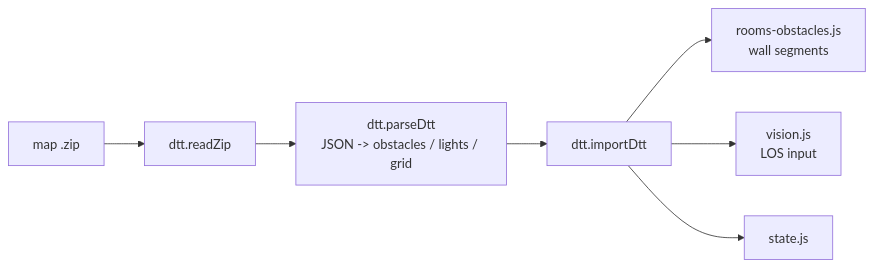
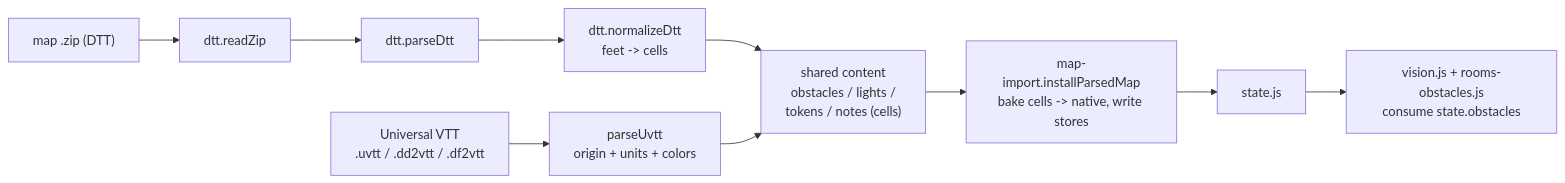
The second of 3 diagrams in docs/source/data-flow.md (nickodimus/vwag-table), drawn with Mermaid before and after one commit. The commit also changed other lines of this file and 18 other files, not shown here.

Commit message:
Docs: sync import pipeline for UVTT + shared installer

````diff
--- a/docs/source/data-flow.md
+++ b/docs/source/data-flow.md
@@ -31,9 +36,12 @@
 ```{mermaid}
 graph LR
-  zip["map .zip"] --> readZip["dtt.readZip"]
-  readZip --> parseDtt["dtt.parseDtt<br/>JSON -> obstacles / lights / grid"]
-  parseDtt --> importDtt["dtt.importDtt"]
-  importDtt --> rooms["rooms-obstacles.js<br/>wall segments"]
-  importDtt --> vision["vision.js<br/>LOS input"]
-  importDtt --> state["state.js"]
+  zip["map .zip (DTT)"] --> readZip["dtt.readZip"]
+  readZip --> parseDtt["dtt.parseDtt"]
+  parseDtt --> normDtt["dtt.normalizeDtt<br/>feet -> cells"]
+  uvtt["Universal VTT<br/>.uvtt / .dd2vtt / .df2vtt"] --> parseUvtt["parseUvtt<br/>origin + units + colors"]
+  normDtt --> content["shared content<br/>obstacles / lights /<br/>tokens / notes (cells)"]
+  parseUvtt --> content
+  content --> install["map-import.installParsedMap<br/>bake cells -> native, write stores"]
+  install --> state["state.js"]
+  state --> consumers["vision.js + rooms-obstacles.js<br/>consume state.obstacles"]
 ```
````
